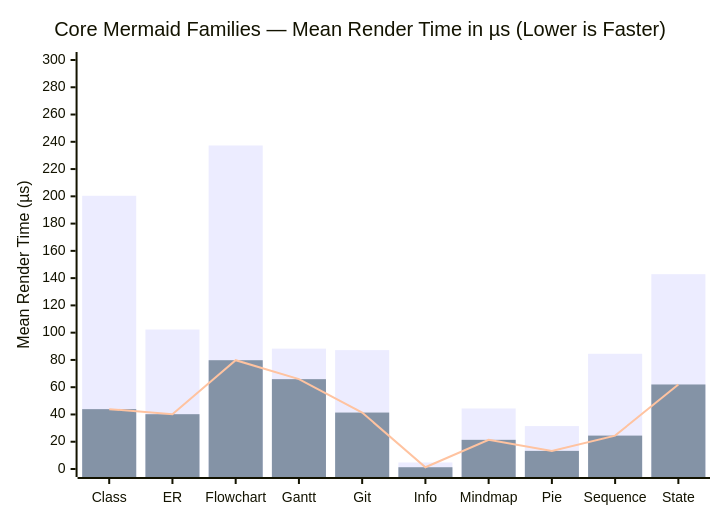
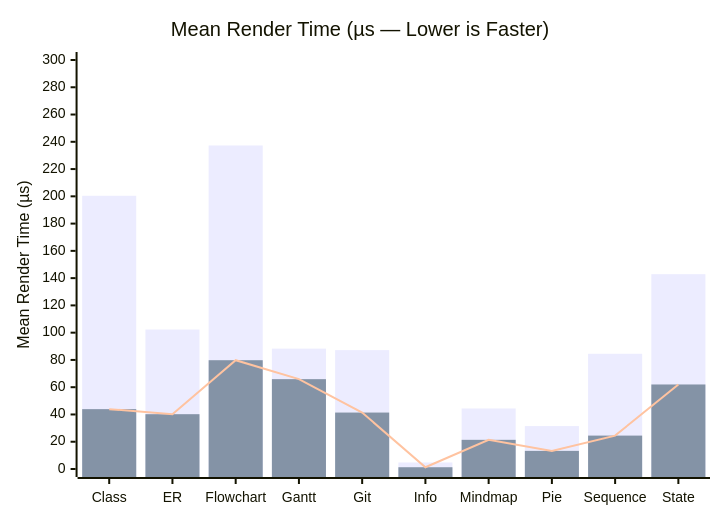
Before and after one commit to tkinnis/pele_dart: the first of 3 diagrams in doc/BENCHMARKS.md, drawn with Mermaid. The commit also changed other lines of this file and 14 other files, not shown here.

Commit message:
docs(benchmarks): add hardware/load metadata, shorten chart titles, and remove hardcoded family counts

````diff
--- a/doc/BENCHMARKS.md
+++ b/doc/BENCHMARKS.md
@@ -37,9 +47,9 @@
 ```mermaid
 xychart-beta
-  title "Core Mermaid Families — Mean Render Time in µs (Lower is Faster)"
+  title "Mean Render Time (µs — Lower is Faster)"
   x-axis ["Class", "ER", "Flowchart", "Gantt", "Git", "Info", "Mindmap", "Pie", "Sequence", "State"]
   y-axis "Mean Render Time (µs)" 0 --> 300
   bar [200.4, 102.3, 237.3, 88.3, 87.2, 4.8, 44.4, 31.5, 84.5, 142.9]
   bar [43.9, 40.2, 79.8, 65.9, 41.4, 1.3, 21.4, 13.3, 24.5, 62.0]
   line [43.9, 40.2, 79.8, 65.9, 41.4, 1.3, 21.4, 13.3, 24.5, 62.0]
 ```
````
